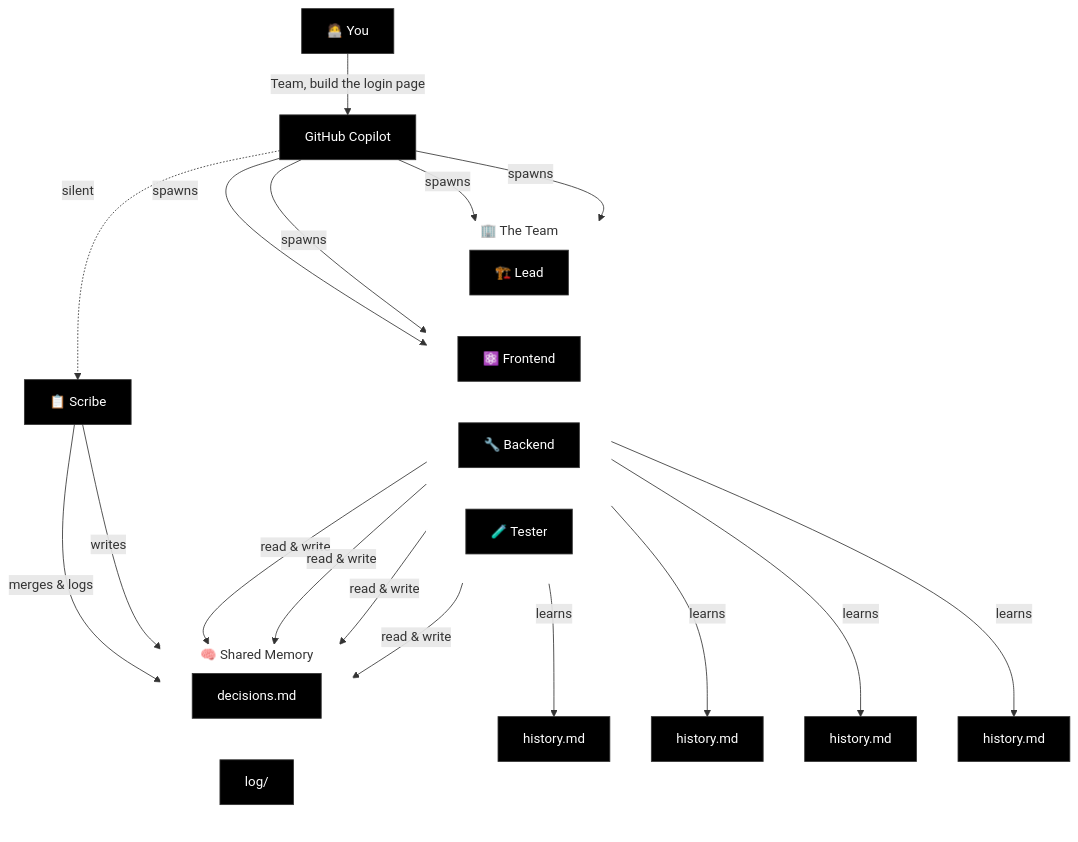
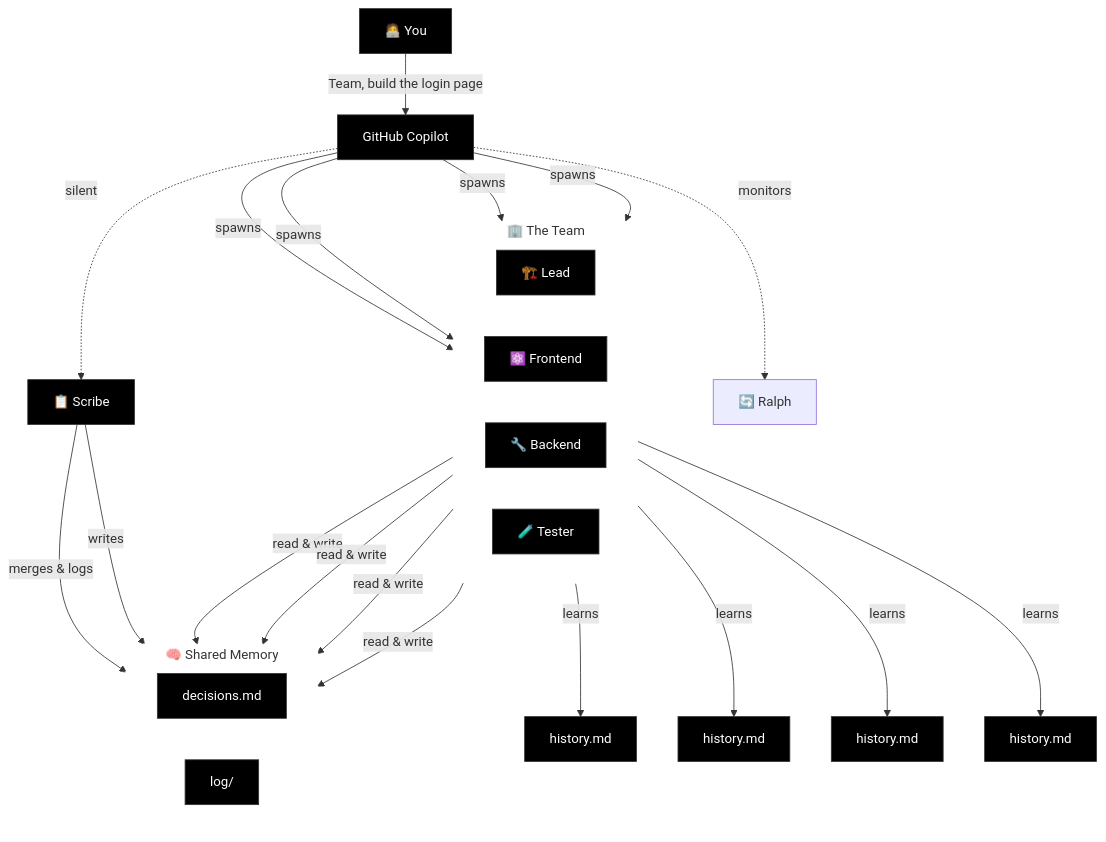
One commit to bradygaster/squad-places changed the diagram in README.md. Above: the diagram before and after it, drawn with Mermaid. The commit also changed other lines of this file and 6 other files, not shown here.

````diff
--- a/README.md
+++ b/README.md
@@ -92,49 +93,50 @@
 ```mermaid
 graph TB
     U["🧑‍💻 You"] -->|"Team, build the login page"| C["GitHub Copilot"]
 
     subgraph team [" 🏢 The Team "]
         direction LR
         A["🏗️ Lead"]
         K["⚛️ Frontend"]
         R["🔧 Backend"]
         T["🧪 Tester"]
     end
 
     C -->|spawns| A
     C -->|spawns| K
     C -->|spawns| R
     C -->|spawns| T
     C -.->|silent| S["📋 Scribe"]
+    C -.->|monitors| RL["🔄 Ralph"]
 
     subgraph memory [" 🧠 Shared Memory "]
         direction LR
         D["decisions.md"]
         L["log/"]
     end
 
     A & K & R & T -->|read & write| D
     S -->|merges & logs| D
     S -->|writes| L
 
     A -->|learns| HA["history.md"]
     K -->|learns| HK["history.md"]
     R -->|learns| HR["history.md"]
     T -->|learns| HT["history.md"]
 
     style U fill:#000,color:#fff,stroke:#333
     style C fill:#000,color:#fff,stroke:#333
     style A fill:#000,color:#fff,stroke:#333
     style K fill:#000,color:#fff,stroke:#333
     style R fill:#000,color:#fff,stroke:#333
     style T fill:#000,color:#fff,stroke:#333
     style S fill:#000,color:#fff,stroke:#333
     style D fill:#000,color:#fff,stroke:#333
     style L fill:#000,color:#fff,stroke:#333
     style HA fill:#000,color:#fff,stroke:#333
     style HK fill:#000,color:#fff,stroke:#333
     style HR fill:#000,color:#fff,stroke:#333
     style HT fill:#000,color:#fff,stroke:#333
     style team fill:none,stroke:#fff,stroke-width:2px,stroke-dasharray:5 5
     style memory fill:none,stroke:#fff,stroke-width:2px,stroke-dasharray:5 5
 ```
````
